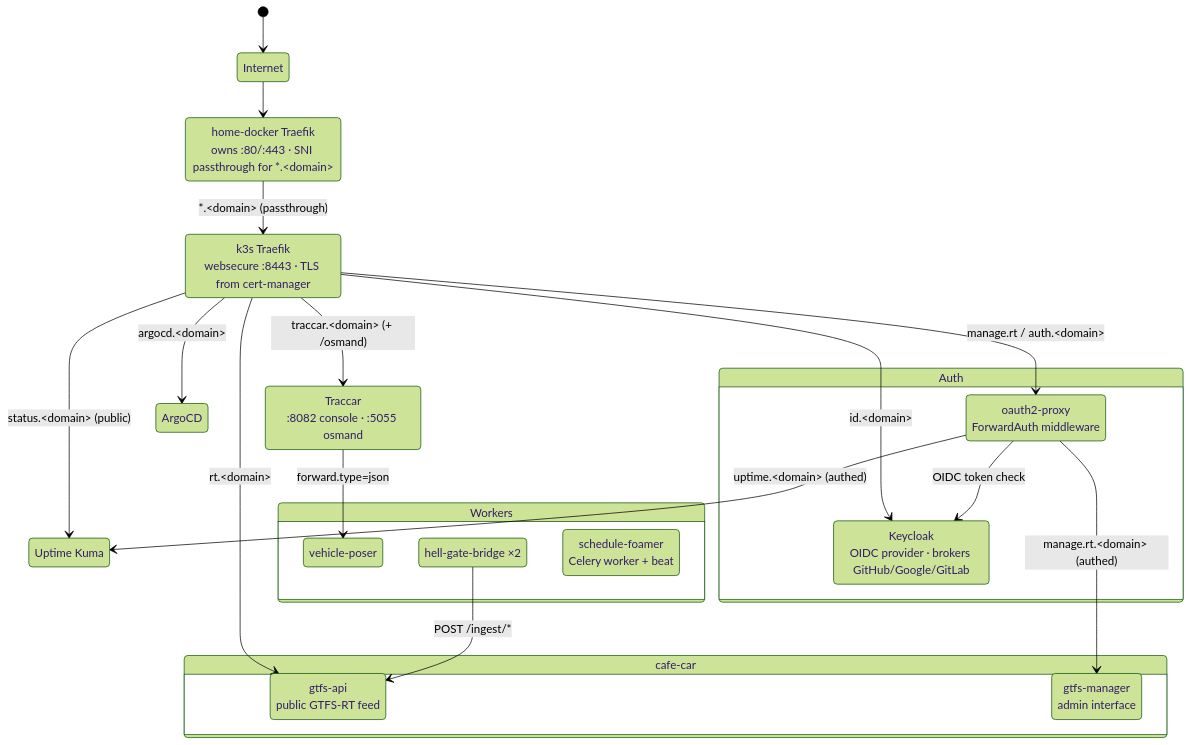
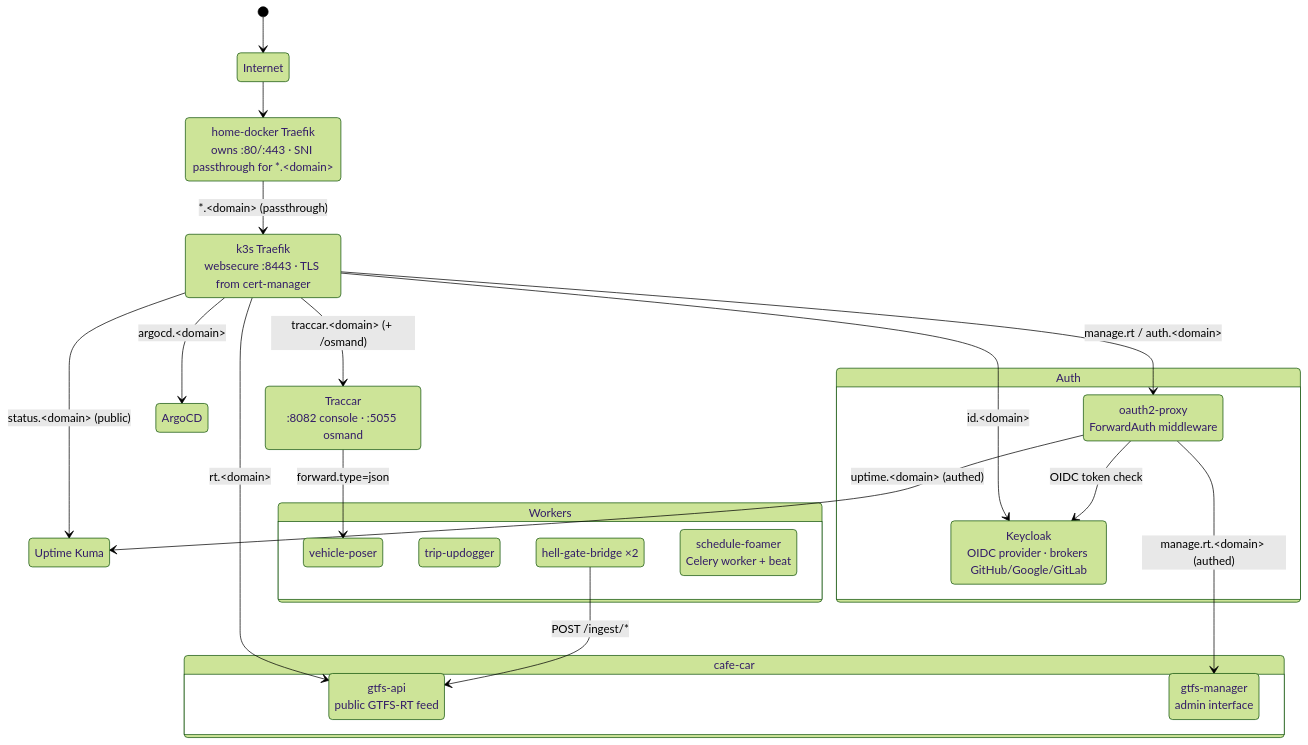
The fifth of 7 diagrams in README.md (gtfs-zone/deploy-gtfs-rt), drawn with Mermaid (forest theme) before and after one commit. The commit also changed other lines of this file and 1 other file, not shown here.

First line of the commit message:
docs: remove the Dex leftovers and add trip-updogger

````diff
--- a/README.md
+++ b/README.md
@@ -300,43 +336,44 @@
 ```mermaid
 stateDiagram-v2
     Internet : Internet
     edge : home-docker Traefik<br>owns :80/:443 · SNI passthrough for *.&ltdomain&gt
     tr : k3s Traefik<br>websecure :8443 · TLS from cert-manager
     tc : Traccar<br>:8082 console · :5055 osmand
     uk : Uptime Kuma
     ag : ArgoCD
 
     state "Auth" as auth {
         op : oauth2-proxy<br>ForwardAuth middleware
         kc : Keycloak<br>OIDC provider · brokers GitHub/Google/GitLab
     }
 
     state "cafe-car" as application {
         cp : gtfs-api<br>public GTFS-RT feed
         ca : gtfs-manager<br>admin interface
     }
 
     state "Workers" as workers {
         vp : vehicle-poser
+        tu : trip-updogger
         hgb : hell-gate-bridge ×2
         sf : schedule-foamer<br>Celery worker + beat
     }
 
     [*] --> Internet
     Internet --> edge
     edge --> tr : *.&ltdomain&gt (passthrough)
 
     tr --> cp : rt.&ltdomain&gt
     tr --> op : manage.rt / auth.&ltdomain&gt
     tr --> kc : id.&ltdomain&gt
     tr --> tc : traccar.&ltdomain&gt (+ /osmand)
     tr --> uk : status.&ltdomain&gt (public)
     tr --> ag : argocd.&ltdomain&gt
 
     op --> ca : manage.rt.&ltdomain&gt (authed)
     op --> uk : uptime.&ltdomain&gt (authed)
     op --> kc : OIDC token check
 
     tc --> vp : forward.type=json
     hgb --> cp : POST /ingest/*
 ```
````
